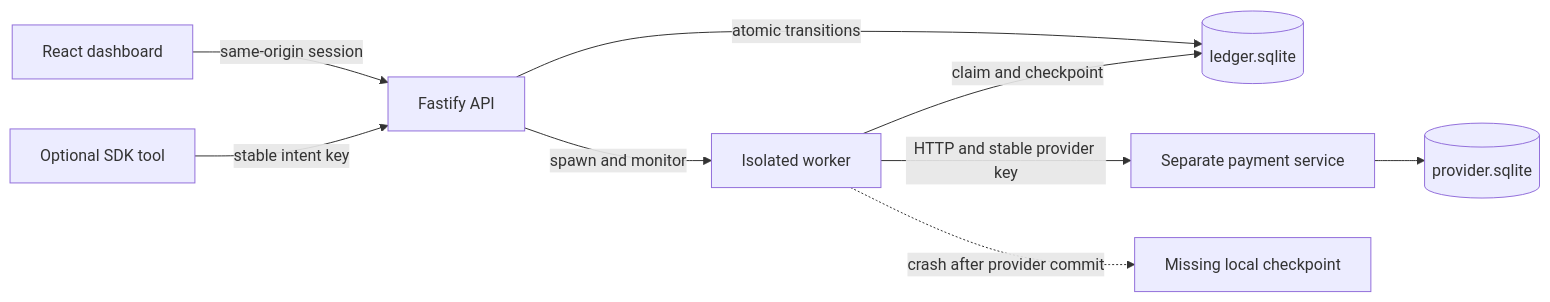
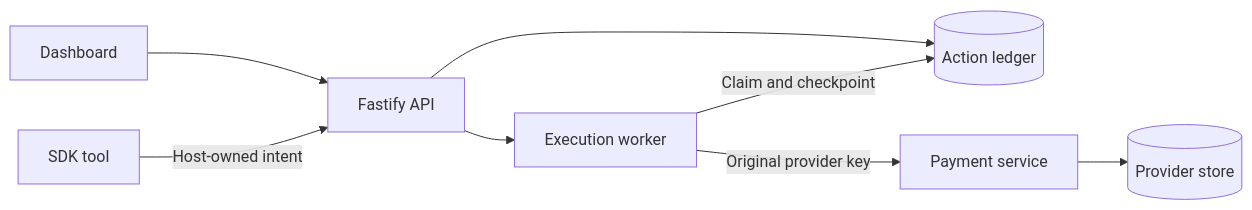
Before and after one commit to m4z8p6fy9m-coder/actionledger-ai: the diagram in README.md, drawn with Mermaid. The commit also changed other lines of this file, not shown here.

````diff
--- a/README.md
+++ b/README.md
@@ -126,11 +127,10 @@
 ```mermaid
 flowchart LR
-  UI[React dashboard] -->|same-origin session| API[Fastify API]
-  AGENT[Optional SDK tool] -->|stable intent key| API
-  API -->|atomic transitions| LEDGER[(ledger.sqlite)]
-  API -->|spawn and monitor| WORKER[Isolated worker]
-  WORKER -->|claim and checkpoint| LEDGER
-  WORKER -->|HTTP and stable provider key| PROVIDER[Separate payment service]
-  PROVIDER --> EXTERNAL[(provider.sqlite)]
-  WORKER -. crash after provider commit .-> GAP[Missing local checkpoint]
+  UI[Dashboard] --> API[Fastify API]
+  AGENT[SDK tool] -->|Host-owned intent| API
+  API --> LEDGER[(Action ledger)]
+  API --> WORKER[Execution worker]
+  WORKER -->|Claim and checkpoint| LEDGER
+  WORKER -->|Original provider key| PROVIDER[Payment service]
+  PROVIDER --> STORE[(Provider store)]
 ```
````
